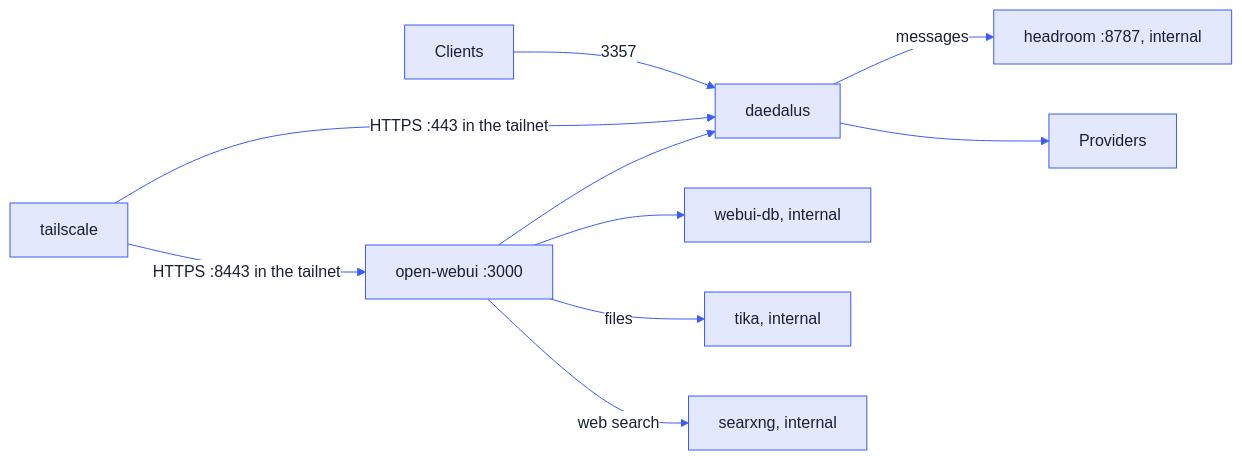
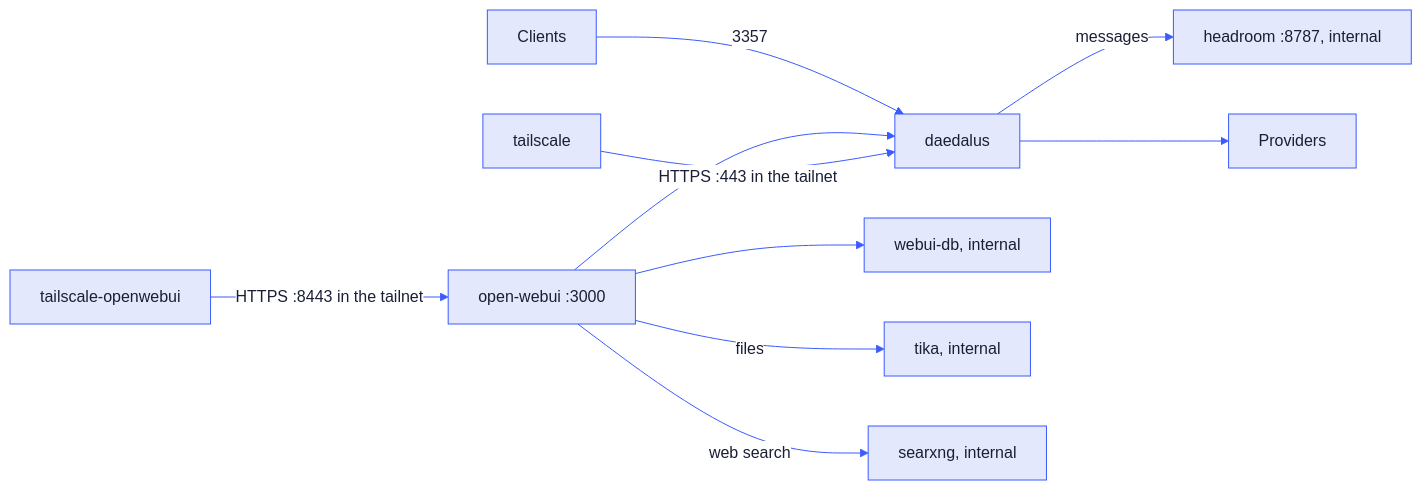
The diagram in docs/deployment.md (nemoe7/daedalus), drawn with Mermaid before and after one commit. The commit also changed other lines of this file and 8 other files, not shown here.

````diff
--- a/docs/deployment.md
+++ b/docs/deployment.md
@@ -45,13 +45,13 @@
 ```mermaid
 %%{init: {"theme": "base", "themeVariables": {"primaryColor": "#e3e8fd", "primaryBorderColor": "#3b5bfd", "primaryTextColor": "#1a1f36", "lineColor": "#3b5bfd", "textColor": "#3b5bfd", "secondaryColor": "#ede9fe", "tertiaryColor": "#f5f3ff", "clusterBkg": "#f5f3ff", "clusterBorder": "#8b5cf6", "titleColor": "#5c388c", "edgeLabelBackground": "#ffffff", "noteBkgColor": "#ede9fe", "noteBorderColor": "#8b5cf6"}}}%%
 flowchart LR
   C[Clients] -->|3357| D[daedalus]
   W[open-webui :3000] --> D
   W --> V[webui-db, internal]
   W -->|files| K[tika, internal]
   W -->|web search| S[searxng, internal]
   D -->|messages| H[headroom :8787, internal]
   T[tailscale] -->|HTTPS :443 in the tailnet| D
-  T -->|HTTPS :8443 in the tailnet| W
+  O[tailscale-openwebui] -->|HTTPS :8443 in the tailnet| W
   D --> P[Providers]
 ```
````
